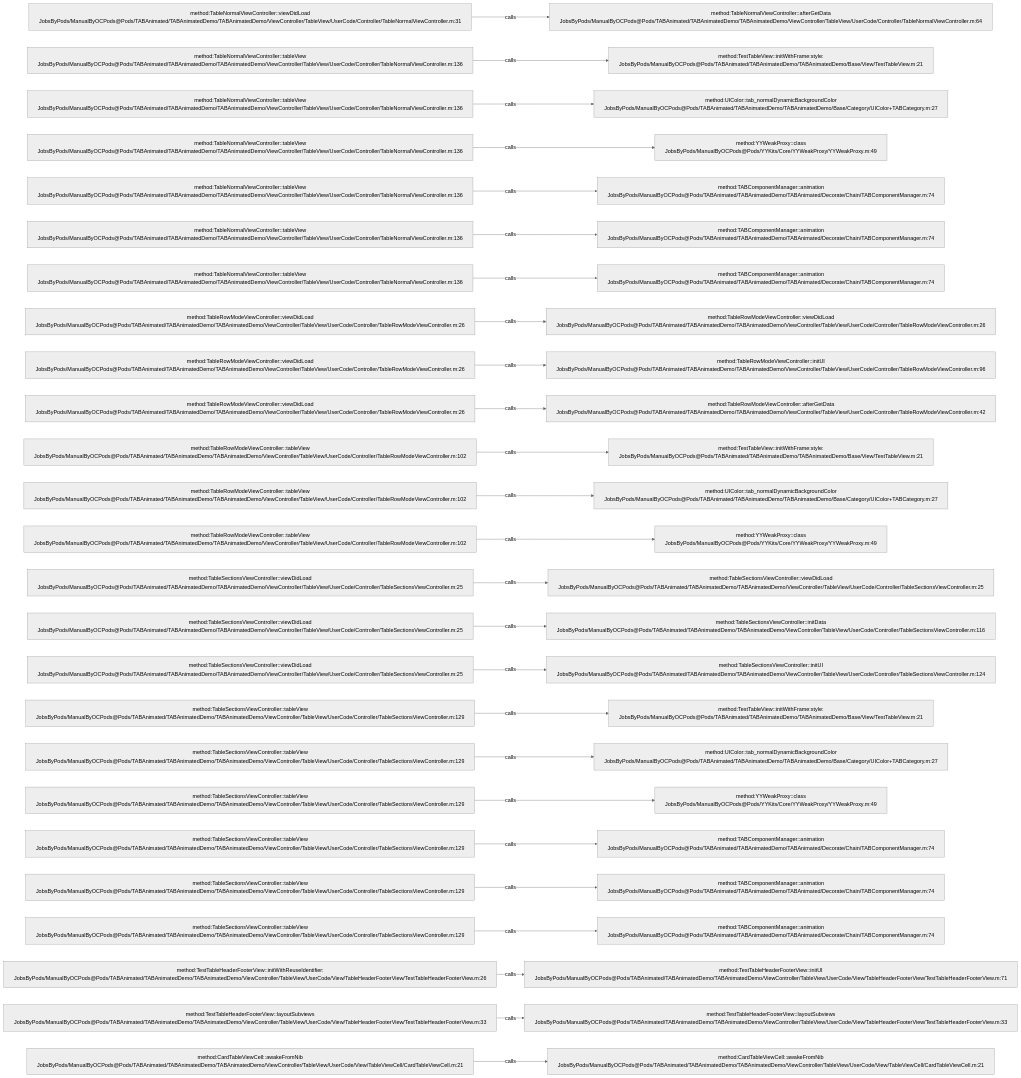
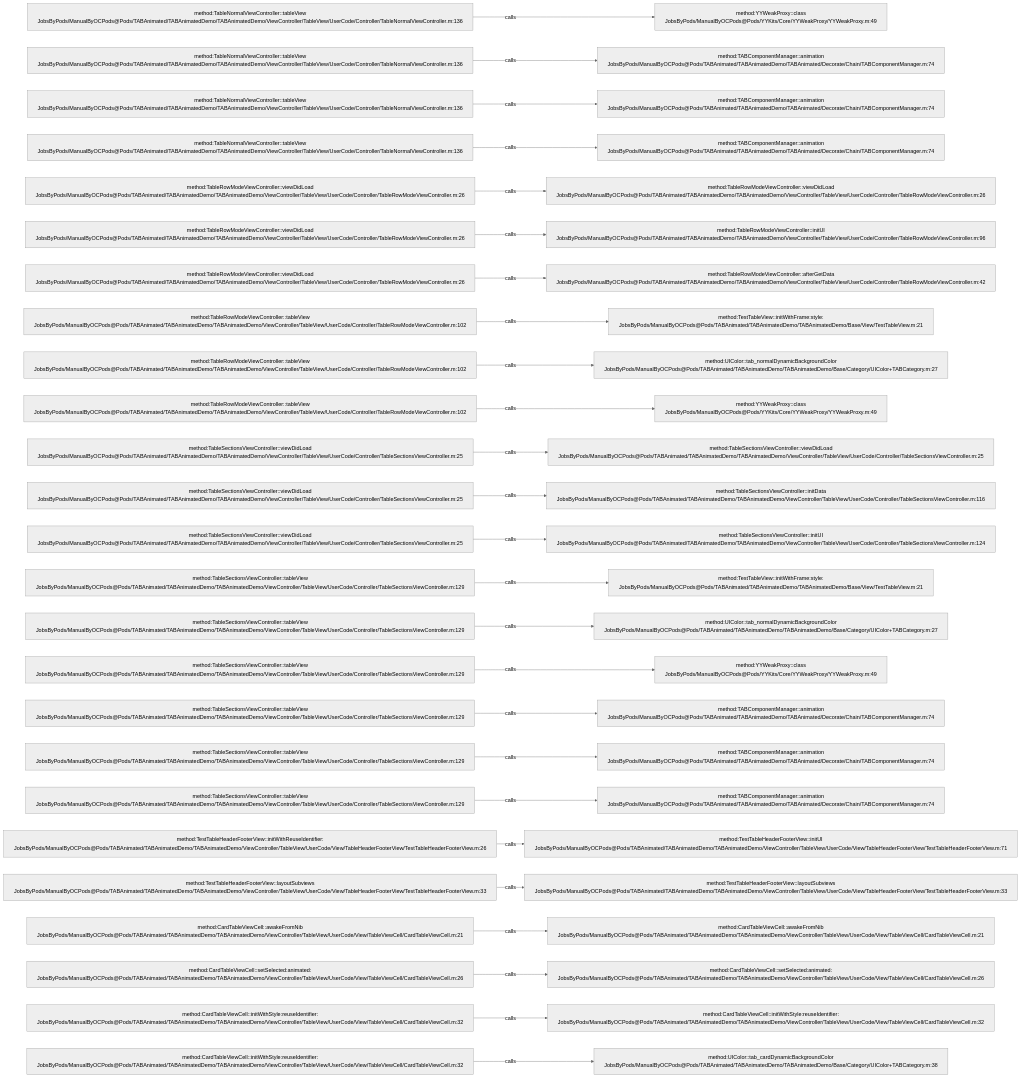
One commit to JobsKits/JobsOCBaseConfigDemo changed the diagram in .codegraph/codegraph.md/graphs/calls-067.md. Above: the diagram before and after it, drawn with Mermaid (neutral theme). The commit also changed 342 other files, not shown here.

````diff
--- a/.codegraph/codegraph.md/graphs/calls-067.md
+++ b/.codegraph/codegraph.md/graphs/calls-067.md
@@ -13,78 +13,78 @@
 ```mermaid
 flowchart LR
-  S1["method:TableNormalViewController::viewDidLoad<br/>JobsByPods/ManualByOCPods@Pods/TABAnimated/TABAnimatedDemo/TABAnimatedDemo/ViewController/TableView/UserCode/Controller/TableNormalViewController.m:31"]
-  T1["method:TableNormalViewController::afterGetData<br/>JobsByPods/ManualByOCPods@Pods/TABAnimated/TABAnimatedDemo/TABAnimatedDemo/ViewController/TableView/UserCode/Controller/TableNormalViewController.m:64"]
+  S1["method:TableNormalViewController::tableView<br/>JobsByPods/ManualByOCPods@Pods/TABAnimated/TABAnimatedDemo/TABAnimatedDemo/ViewController/TableView/UserCode/Controller/TableNormalViewController.m:136"]
+  T1["method:YYWeakProxy::class<br/>JobsByPods/ManualByOCPods@Pods/YYKits/Core/YYWeakProxy/YYWeakProxy.m:49"]
   S1 -->|calls| T1
   S2["method:TableNormalViewController::tableView<br/>JobsByPods/ManualByOCPods@Pods/TABAnimated/TABAnimatedDemo/TABAnimatedDemo/ViewController/TableView/UserCode/Controller/TableNormalViewController.m:136"]
-  T2["method:TestTableView::initWithFrame:style:<br/>JobsByPods/ManualByOCPods@Pods/TABAnimated/TABAnimatedDemo/TABAnimatedDemo/Base/View/TestTableView.m:21"]
+  T2["method:TABComponentManager::animation<br/>JobsByPods/ManualByOCPods@Pods/TABAnimated/TABAnimatedDemo/TABAnimated/Decorate/Chain/TABComponentManager.m:74"]
   S2 -->|calls| T2
   S3["method:TableNormalViewController::tableView<br/>JobsByPods/ManualByOCPods@Pods/TABAnimated/TABAnimatedDemo/TABAnimatedDemo/ViewController/TableView/UserCode/Controller/TableNormalViewController.m:136"]
-  T3["method:UIColor::tab_normalDynamicBackgroundColor<br/>JobsByPods/ManualByOCPods@Pods/TABAnimated/TABAnimatedDemo/TABAnimatedDemo/Base/Category/UIColor+TABCategory.m:27"]
+  T3["method:TABComponentManager::animation<br/>JobsByPods/ManualByOCPods@Pods/TABAnimated/TABAnimatedDemo/TABAnimated/Decorate/Chain/TABComponentManager.m:74"]
   S3 -->|calls| T3
   S4["method:TableNormalViewController::tableView<br/>JobsByPods/ManualByOCPods@Pods/TABAnimated/TABAnimatedDemo/TABAnimatedDemo/ViewController/TableView/UserCode/Controller/TableNormalViewController.m:136"]
-  T4["method:YYWeakProxy::class<br/>JobsByPods/ManualByOCPods@Pods/YYKits/Core/YYWeakProxy/YYWeakProxy.m:49"]
+  T4["method:TABComponentManager::animation<br/>JobsByPods/ManualByOCPods@Pods/TABAnimated/TABAnimatedDemo/TABAnimated/Decorate/Chain/TABComponentManager.m:74"]
   S4 -->|calls| T4
-  S5["method:TableNormalViewController::tableView<br/>JobsByPods/ManualByOCPods@Pods/TABAnimated/TABAnimatedDemo/TABAnimatedDemo/ViewController/TableView/UserCode/Controller/TableNormalViewController.m:136"]
-  T5["method:TABComponentManager::animation<br/>JobsByPods/ManualByOCPods@Pods/TABAnimated/TABAnimatedDemo/TABAnimated/Decorate/Chain/TABComponentManager.m:74"]
+  S5["method:TableRowModeViewController::viewDidLoad<br/>JobsByPods/ManualByOCPods@Pods/TABAnimated/TABAnimatedDemo/TABAnimatedDemo/ViewController/TableView/UserCode/Controller/TableRowModeViewController.m:26"]
+  T5["method:TableRowModeViewController::viewDidLoad<br/>JobsByPods/ManualByOCPods@Pods/TABAnimated/TABAnimatedDemo/TABAnimatedDemo/ViewController/TableView/UserCode/Controller/TableRowModeViewController.m:26"]
   S5 -->|calls| T5
-  S6["method:TableNormalViewController::tableView<br/>JobsByPods/ManualByOCPods@Pods/TABAnimated/TABAnimatedDemo/TABAnimatedDemo/ViewController/TableView/UserCode/Controller/TableNormalViewController.m:136"]
-  T6["method:TABComponentManager::animation<br/>JobsByPods/ManualByOCPods@Pods/TABAnimated/TABAnimatedDemo/TABAnimated/Decorate/Chain/TABComponentManager.m:74"]
+  S6["method:TableRowModeViewController::viewDidLoad<br/>JobsByPods/ManualByOCPods@Pods/TABAnimated/TABAnimatedDemo/TABAnimatedDemo/ViewController/TableView/UserCode/Controller/TableRowModeViewController.m:26"]
+  T6["method:TableRowModeViewController::initUI<br/>JobsByPods/ManualByOCPods@Pods/TABAnimated/TABAnimatedDemo/TABAnimatedDemo/ViewController/TableView/UserCode/Controller/TableRowModeViewController.m:96"]
   S6 -->|calls| T6
-  S7["method:TableNormalViewController::tableView<br/>JobsByPods/ManualByOCPods@Pods/TABAnimated/TABAnimatedDemo/TABAnimatedDemo/ViewController/TableView/UserCode/Controller/TableNormalViewController.m:136"]
-  T7["method:TABComponentManager::animation<br/>JobsByPods/ManualByOCPods@Pods/TABAnimated/TABAnimatedDemo/TABAnimated/Decorate/Chain/TABComponentManager.m:74"]
+  S7["method:TableRowModeViewController::viewDidLoad<br/>JobsByPods/ManualByOCPods@Pods/TABAnimated/TABAnimatedDemo/TABAnimatedDemo/ViewController/TableView/UserCode/Controller/TableRowModeViewController.m:26"]
+  T7["method:TableRowModeViewController::afterGetData<br/>JobsByPods/ManualByOCPods@Pods/TABAnimated/TABAnimatedDemo/TABAnimatedDemo/ViewController/TableView/UserCode/Controller/TableRowModeViewController.m:42"]
   S7 -->|calls| T7
-  S8["method:TableRowModeViewController::viewDidLoad<br/>JobsByPods/ManualByOCPods@Pods/TABAnimated/TABAnimatedDemo/TABAnimatedDemo/ViewController/TableView/UserCode/Controller/TableRowModeViewController.m:26"]
-  T8["method:TableRowModeViewController::viewDidLoad<br/>JobsByPods/ManualByOCPods@Pods/TABAnimated/TABAnimatedDemo/TABAnimatedDemo/ViewController/TableView/UserCode/Controller/TableRowModeViewController.m:26"]
+  S8["method:TableRowModeViewController::tableView<br/>JobsByPods/ManualByOCPods@Pods/TABAnimated/TABAnimatedDemo/TABAnimatedDemo/ViewController/TableView/UserCode/Controller/TableRowModeViewController.m:102"]
+  T8["method:TestTableView::initWithFrame:style:<br/>JobsByPods/ManualByOCPods@Pods/TABAnimated/TABAnimatedDemo/TABAnimatedDemo/Base/View/TestTableView.m:21"]
   S8 -->|calls| T8
-  S9["method:TableRowModeViewController::viewDidLoad<br/>JobsByPods/ManualByOCPods@Pods/TABAnimated/TABAnimatedDemo/TABAnimatedDemo/ViewController/TableView/UserCode/Controller/TableRowModeViewController.m:26"]
-  T9["method:TableRowModeViewController::initUI<br/>JobsByPods/ManualByOCPods@Pods/TABAnimated/TABAnimatedDemo/TABAnimatedDemo/ViewController/TableView/UserCode/Controller/TableRowModeViewController.m:96"]
+  S9["method:TableRowModeViewController::tableView<br/>JobsByPods/ManualByOCPods@Pods/TABAnimated/TABAnimatedDemo/TABAnimatedDemo/ViewController/TableView/UserCode/Controller/TableRowModeViewController.m:102"]
+  T9["method:UIColor::tab_normalDynamicBackgroundColor<br/>JobsByPods/ManualByOCPods@Pods/TABAnimated/TABAnimatedDemo/TABAnimatedDemo/Base/Category/UIColor+TABCategory.m:27"]
   S9 -->|calls| T9
-  S10["method:TableRowModeViewController::viewDidLoad<br/>JobsByPods/ManualByOCPods@Pods/TABAnimated/TABAnimatedDemo/TABAnimatedDemo/ViewController/TableView/UserCode/Controller/TableRowModeViewController.m:26"]
-  T10["method:TableRowModeViewController::afterGetData<br/>JobsByPods/ManualByOCPods@Pods/TABAnimated/TABAnimatedDemo/TABAnimatedDemo/ViewController/TableView/UserCode/Controller/TableRowModeViewController.m:42"]
+  S10["method:TableRowModeViewController::tableView<br/>JobsByPods/ManualByOCPods@Pods/TABAnimated/TABAnimatedDemo/TABAnimatedDemo/ViewController/TableView/UserCode/Controller/TableRowModeViewController.m:102"]
+  T10["method:YYWeakProxy::class<br/>JobsByPods/ManualByOCPods@Pods/YYKits/Core/YYWeakProxy/YYWeakProxy.m:49"]
   S10 -->|calls| T10
-  S11["method:TableRowModeViewController::tableView<br/>JobsByPods/ManualByOCPods@Pods/TABAnimated/TABAnimatedDemo/TABAnimatedDemo/ViewController/TableView/UserCode/Controller/TableRowModeViewController.m:102"]
-  T11["method:TestTableView::initWithFrame:style:<br/>JobsByPods/ManualByOCPods@Pods/TABAnimated/TABAnimatedDemo/TABAnimatedDemo/Base/View/TestTableView.m:21"]
+  S11["method:TableSectionsViewController::viewDidLoad<br/>JobsByPods/ManualByOCPods@Pods/TABAnimated/TABAnimatedDemo/TABAnimatedDemo/ViewController/TableView/UserCode/Controller/TableSectionsViewController.m:25"]
+  T11["method:TableSectionsViewController::viewDidLoad<br/>JobsByPods/ManualByOCPods@Pods/TABAnimated/TABAnimatedDemo/TABAnimatedDemo/ViewController/TableView/UserCode/Controller/TableSectionsViewController.m:25"]
   S11 -->|calls| T11
-  S12["method:TableRowModeViewController::tableView<br/>JobsByPods/ManualByOCPods@Pods/TABAnimated/TABAnimatedDemo/TABAnimatedDemo/ViewController/TableView/UserCode/Controller/TableRowModeViewController.m:102"]
-  T12["method:UIColor::tab_normalDynamicBackgroundColor<br/>JobsByPods/ManualByOCPods@Pods/TABAnimated/TABAnimatedDemo/TABAnimatedDemo/Base/Category/UIColor+TABCategory.m:27"]
+  S12["method:TableSectionsViewController::viewDidLoad<br/>JobsByPods/ManualByOCPods@Pods/TABAnimated/TABAnimatedDemo/TABAnimatedDemo/ViewController/TableView/UserCode/Controller/TableSectionsViewController.m:25"]
+  T12["method:TableSectionsViewController::initData<br/>JobsByPods/ManualByOCPods@Pods/TABAnimated/TABAnimatedDemo/TABAnimatedDemo/ViewController/TableView/UserCode/Controller/TableSectionsViewController.m:116"]
   S12 -->|calls| T12
-  S13["method:TableRowModeViewController::tableView<br/>JobsByPods/ManualByOCPods@Pods/TABAnimated/TABAnimatedDemo/TABAnimatedDemo/ViewController/TableView/UserCode/Controller/TableRowModeViewController.m:102"]
-  T13["method:YYWeakProxy::class<br/>JobsByPods/ManualByOCPods@Pods/YYKits/Core/YYWeakProxy/YYWeakProxy.m:49"]
+  S13["method:TableSectionsViewController::viewDidLoad<br/>JobsByPods/ManualByOCPods@Pods/TABAnimated/TABAnimatedDemo/TABAnimatedDemo/ViewController/TableView/UserCode/Controller/TableSectionsViewController.m:25"]
+  T13["method:TableSectionsViewController::initUI<br/>JobsByPods/ManualByOCPods@Pods/TABAnimated/TABAnimatedDemo/TABAnimatedDemo/ViewController/TableView/UserCode/Controller/TableSectionsViewController.m:124"]
   S13 -->|calls| T13
-  S14["method:TableSectionsViewController::viewDidLoad<br/>JobsByPods/ManualByOCPods@Pods/TABAnimated/TABAnimatedDemo/TABAnimatedDemo/ViewController/TableView/UserCode/Controller/TableSectionsViewController.m:25"]
-  T14["method:TableSectionsViewController::viewDidLoad<br/>JobsByPods/ManualByOCPods@Pods/TABAnimated/TABAnimatedDemo/TABAnimatedDemo/ViewController/TableView/UserCode/Controller/TableSectionsViewController.m:25"]
+  S14["method:TableSectionsViewController::tableView<br/>JobsByPods/ManualByOCPods@Pods/TABAnimated/TABAnimatedDemo/TABAnimatedDemo/ViewController/TableView/UserCode/Controller/TableSectionsViewController.m:129"]
+  T14["method:TestTableView::initWithFrame:style:<br/>JobsByPods/ManualByOCPods@Pods/TABAnimated/TABAnimatedDemo/TABAnimatedDemo/Base/View/TestTableView.m:21"]
   S14 -->|calls| T14
-  S15["method:TableSectionsViewController::viewDidLoad<br/>JobsByPods/ManualByOCPods@Pods/TABAnimated/TABAnimatedDemo/TABAnimatedDemo/ViewController/TableView/UserCode/Controller/TableSectionsViewController.m:25"]
-  T15["method:TableSectionsViewController::initData<br/>JobsByPods/ManualByOCPods@Pods/TABAnimated/TABAnimatedDemo/TABAnimatedDemo/ViewController/TableView/UserCode/Controller/TableSectionsViewController.m:116"]
+  S15["method:TableSectionsViewController::tableView<br/>JobsByPods/ManualByOCPods@Pods/TABAnimated/TABAnimatedDemo/TABAnimatedDemo/ViewController/TableView/UserCode/Controller/TableSectionsViewController.m:129"]
+  T15["method:UIColor::tab_normalDynamicBackgroundColor<br/>JobsByPods/ManualByOCPods@Pods/TABAnimated/TABAnimatedDemo/TABAnimatedDemo/Base/Category/UIColor+TABCategory.m:27"]
   S15 -->|calls| T15
-  S16["method:TableSectionsViewController::viewDidLoad<br/>JobsByPods/ManualByOCPods@Pods/TABAnimated/TABAnimatedDemo/TABAnimatedDemo/ViewController/TableView/UserCode/Controller/TableSectionsViewController.m:25"]
-  T16["method:TableSectionsViewController::initUI<br/>JobsByPods/ManualByOCPods@Pods/TABAnimated/TABAnimatedDemo/TABAnimatedDemo/ViewController/TableView/UserCode/Controller/TableSectionsViewController.m:124"]
+  S16["method:TableSectionsViewController::tableView<br/>JobsByPods/ManualByOCPods@Pods/TABAnimated/TABAnimatedDemo/TABAnimatedDemo/ViewController/TableView/UserCode/Controller/TableSectionsViewController.m:129"]
+  T16["method:YYWeakProxy::class<br/>JobsByPods/ManualByOCPods@Pods/YYKits/Core/YYWeakProxy/YYWeakProxy.m:49"]
   S16 -->|calls| T16
   S17["method:TableSectionsViewController::tableView<br/>JobsByPods/ManualByOCPods@Pods/TABAnimated/TABAnimatedDemo/TABAnimatedDemo/ViewController/TableView/UserCode/Controller/TableSectionsViewController.m:129"]
-  T17["method:TestTableView::initWithFrame:style:<br/>JobsByPods/ManualByOCPods@Pods/TABAnimated/TABAnimatedDemo/TABAnimatedDemo/Base/View/TestTableView.m:21"]
+  T17["method:TABComponentManager::animation<br/>JobsByPods/ManualByOCPods@Pods/TABAnimated/TABAnimatedDemo/TABAnimated/Decorate/Chain/TABComponentManager.m:74"]
   S17 -->|calls| T17
   S18["method:TableSectionsViewController::tableView<br/>JobsByPods/ManualByOCPods@Pods/TABAnimated/TABAnimatedDemo/TABAnimatedDemo/ViewController/TableView/UserCode/Controller/TableSectionsViewController.m:129"]
-  T18["method:UIColor::tab_normalDynamicBackgroundColor<br/>JobsByPods/ManualByOCPods@Pods/TABAnimated/TABAnimatedDemo/TABAnimatedDemo/Base/Category/UIColor+TABCategory.m:27"]
+  T18["method:TABComponentManager::animation<br/>JobsByPods/ManualByOCPods@Pods/TABAnimated/TABAnimatedDemo/TABAnimated/Decorate/Chain/TABComponentManager.m:74"]
   S18 -->|calls| T18
   S19["method:TableSectionsViewController::tableView<br/>JobsByPods/ManualByOCPods@Pods/TABAnimated/TABAnimatedDemo/TABAnimatedDemo/ViewController/TableView/UserCode/Controller/TableSectionsViewController.m:129"]
-  T19["method:YYWeakProxy::class<br/>JobsByPods/ManualByOCPods@Pods/YYKits/Core/YYWeakProxy/YYWeakProxy.m:49"]
+  T19["method:TABComponentManager::animation<br/>JobsByPods/ManualByOCPods@Pods/TABAnimated/TABAnimatedDemo/TABAnimated/Decorate/Chain/TABComponentManager.m:74"]
   S19 -->|calls| T19
-  S20["method:TableSectionsViewController::tableView<br/>JobsByPods/ManualByOCPods@Pods/TABAnimated/TABAnimatedDemo/TABAnimatedDemo/ViewController/TableView/UserCode/Controller/TableSectionsViewController.m:129"]
-  T20["method:TABComponentManager::animation<br/>JobsByPods/ManualByOCPods@Pods/TABAnimated/TABAnimatedDemo/TABAnimated/Decorate/Chain/TABComponentManager.m:74"]
+  S20["method:TestTableHeaderFooterView::initWithReuseIdentifier:<br/>JobsByPods/ManualByOCPods@Pods/TABAnimated/TABAnimatedDemo/TABAnimatedDemo/ViewController/TableView/UserCode/View/TableHeaderFooterView/TestTableHeaderFooterView.m:26"]
+  T20["method:TestTableHeaderFooterView::initUI<br/>JobsByPods/ManualByOCPods@Pods/TABAnimated/TABAnimatedDemo/TABAnimatedDemo/ViewController/TableView/UserCode/View/TableHeaderFooterView/TestTableHeaderFooterView.m:71"]
   S20 -->|calls| T20
-  S21["method:TableSectionsViewController::tableView<br/>JobsByPods/ManualByOCPods@Pods/TABAnimated/TABAnimatedDemo/TABAnimatedDemo/ViewController/TableView/UserCode/Controller/TableSectionsViewController.m:129"]
-  T21["method:TABComponentManager::animation<br/>JobsByPods/ManualByOCPods@Pods/TABAnimated/TABAnimatedDemo/TABAnimated/Decorate/Chain/TABComponentManager.m:74"]
+  S21["method:TestTableHeaderFooterView::layoutSubviews<br/>JobsByPods/ManualByOCPods@Pods/TABAnimated/TABAnimatedDemo/TABAnimatedDemo/ViewController/TableView/UserCode/View/TableHeaderFooterView/TestTableHeaderFooterView.m:33"]
+  T21["method:TestTableHeaderFooterView::layoutSubviews<br/>JobsByPods/ManualByOCPods@Pods/TABAnimated/TABAnimatedDemo/TABAnimatedDemo/ViewController/TableView/UserCode/View/TableHeaderFooterView/TestTableHeaderFooterView.m:33"]
   S21 -->|calls| T21
-  S22["method:TableSectionsViewController::tableView<br/>JobsByPods/ManualByOCPods@Pods/TABAnimated/TABAnimatedDemo/TABAnimatedDemo/ViewController/TableView/UserCode/Controller/TableSectionsViewController.m:129"]
-  T22["method:TABComponentManager::animation<br/>JobsByPods/ManualByOCPods@Pods/TABAnimated/TABAnimatedDemo/TABAnimated/Decorate/Chain/TABComponentManager.m:74"]
+  S22["method:CardTableViewCell::awakeFromNib<br/>JobsByPods/ManualByOCPods@Pods/TABAnimated/TABAnimatedDemo/TABAnimatedDemo/ViewController/TableView/UserCode/View/TableViewCell/CardTableViewCell.m:21"]
+  T22["method:CardTableViewCell::awakeFromNib<br/>JobsByPods/ManualByOCPods@Pods/TABAnimated/TABAnimatedDemo/TABAnimatedDemo/ViewController/TableView/UserCode/View/TableViewCell/CardTableViewCell.m:21"]
   S22 -->|calls| T22
-  S23["method:TestTableHeaderFooterView::initWithReuseIdentifier:<br/>JobsByPods/ManualByOCPods@Pods/TABAnimated/TABAnimatedDemo/TABAnimatedDemo/ViewController/TableView/UserCode/View/TableHeaderFooterView/TestTableHeaderFooterView.m:26"]
-  T23["method:TestTableHeaderFooterView::initUI<br/>JobsByPods/ManualByOCPods@Pods/TABAnimated/TABAnimatedDemo/TABAnimatedDemo/ViewController/TableView/UserCode/View/TableHeaderFooterView/TestTableHeaderFooterView.m:71"]
+  S23["method:CardTableViewCell::setSelected:animated:<br/>JobsByPods/ManualByOCPods@Pods/TABAnimated/TABAnimatedDemo/TABAnimatedDemo/ViewController/TableView/UserCode/View/TableViewCell/CardTableViewCell.m:26"]
+  T23["method:CardTableViewCell::setSelected:animated:<br/>JobsByPods/ManualByOCPods@Pods/TABAnimated/TABAnimatedDemo/TABAnimatedDemo/ViewController/TableView/UserCode/View/TableViewCell/CardTableViewCell.m:26"]
   S23 -->|calls| T23
-  S24["method:TestTableHeaderFooterView::layoutSubviews<br/>JobsByPods/ManualByOCPods@Pods/TABAnimated/TABAnimatedDemo/TABAnimatedDemo/ViewController/TableView/UserCode/View/TableHeaderFooterView/TestTableHeaderFooterView.m:33"]
-  T24["method:TestTableHeaderFooterView::layoutSubviews<br/>JobsByPods/ManualByOCPods@Pods/TABAnimated/TABAnimatedDemo/TABAnimatedDemo/ViewController/TableView/UserCode/View/TableHeaderFooterView/TestTableHeaderFooterView.m:33"]
+  S24["method:CardTableViewCell::initWithStyle:reuseIdentifier:<br/>JobsByPods/ManualByOCPods@Pods/TABAnimated/TABAnimatedDemo/TABAnimatedDemo/ViewController/TableView/UserCode/View/TableViewCell/CardTableViewCell.m:32"]
+  T24["method:CardTableViewCell::initWithStyle:reuseIdentifier:<br/>JobsByPods/ManualByOCPods@Pods/TABAnimated/TABAnimatedDemo/TABAnimatedDemo/ViewController/TableView/UserCode/View/TableViewCell/CardTableViewCell.m:32"]
   S24 -->|calls| T24
-  S25["method:CardTableViewCell::awakeFromNib<br/>JobsByPods/ManualByOCPods@Pods/TABAnimated/TABAnimatedDemo/TABAnimatedDemo/ViewController/TableView/UserCode/View/TableViewCell/CardTableViewCell.m:21"]
-  T25["method:CardTableViewCell::awakeFromNib<br/>JobsByPods/ManualByOCPods@Pods/TABAnimated/TABAnimatedDemo/TABAnimatedDemo/ViewController/TableView/UserCode/View/TableViewCell/CardTableViewCell.m:21"]
+  S25["method:CardTableViewCell::initWithStyle:reuseIdentifier:<br/>JobsByPods/ManualByOCPods@Pods/TABAnimated/TABAnimatedDemo/TABAnimatedDemo/ViewController/TableView/UserCode/View/TableViewCell/CardTableViewCell.m:32"]
+  T25["method:UIColor::tab_cardDynamicBackgroundColor<br/>JobsByPods/ManualByOCPods@Pods/TABAnimated/TABAnimatedDemo/TABAnimatedDemo/Base/Category/UIColor+TABCategory.m:38"]
   S25 -->|calls| T25
 ```
````
